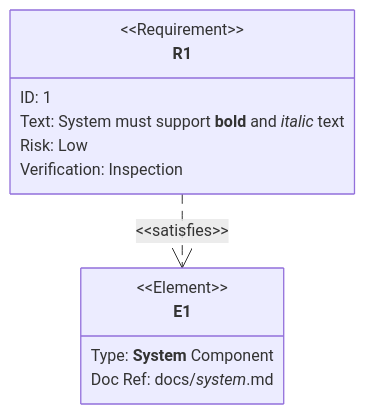
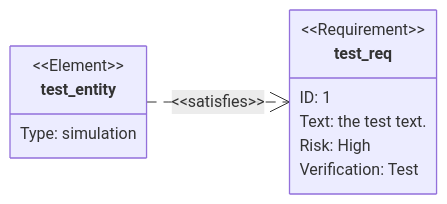
The fourth of 8 diagrams in skills/mermaid/examples/requirement.md (teachingai/full-stack-skills), drawn with Mermaid before and after one commit. The commit also changed other lines of this file and 21 other files, not shown here.

First line of the commit message:
docs(mermaid): 更新架构、块、C4和类图示例文档

````diff
--- a/skills/mermaid/examples/requirement.md
+++ b/skills/mermaid/examples/requirement.md
@@ -117,16 +141,18 @@
 ```mermaid
 requirementDiagram
-    requirement R1 {
-        id: 1
-        text: "System must support **bold** and *italic* text"
-        risk: low
-        verifymethod: inspection
-    }
 
-    element E1 {
-        type: "**System** Component"
-        docref: "docs/*system*.md"
-    }
+direction LR
 
-    R1 - satisfies -> E1
+requirement test_req {
+    id: 1
+    text: the test text.
+    risk: high
+    verifymethod: test
+}
+
+element test_entity {
+    type: simulation
+}
+
+test_entity - satisfies -> test_req
 ```
````
